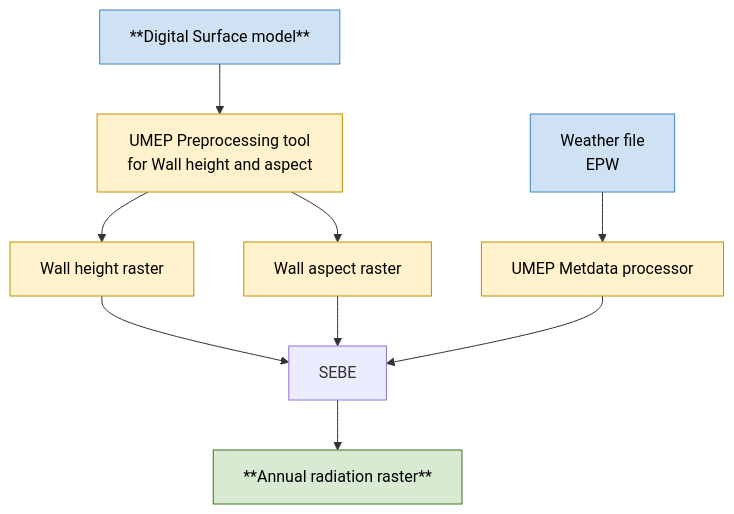
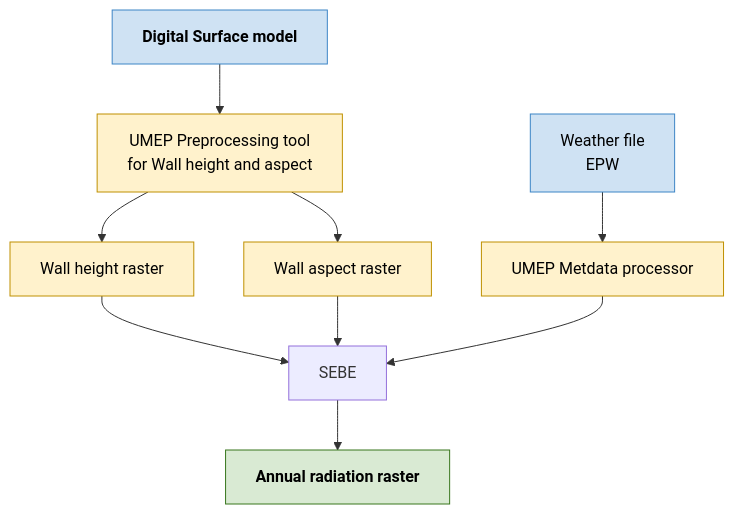
The third of 4 diagrams in methods.md (University-of-Tasmania-GPSS/AT3_Group1_2026), drawn with Mermaid before and after one commit.

Commit message:
Update methods.md
Flow chart text tweaks

````diff
--- a/methods.md
+++ b/methods.md
@@ -264,23 +264,22 @@
 ```{mermaid}
 flowchart TD
-  A[**Digital Surface model**] --> B[UMEP Preprocessing tool<br> for Wall height and aspect]
+  A["`**Digital Surface model**`"] --> B[UMEP Preprocessing tool<br> for Wall height and aspect]
   C[Weather file<br>EPW] --> D[UMEP Metdata processor]
   E[Wall height raster]
   F[Wall aspect raster]
   G[SEBE]
-  H[**Annual radiation raster**]
+  H["`**Annual radiation raster**`"]
   B --> E
   B --> F
   E --> G
   F --> G
   D --> G
   G --> H
 
   classDef input fill:#cfe2f3,stroke:#3d85c6,color:#000
   classDef python fill:#fff2cc,stroke:#bf9000,color:#000
   classDef output fill:#d9ead3,stroke:#38761d,color:#000
-
   class A,C input
   class B,D,E,F,H python
   class H output
 ```
````
